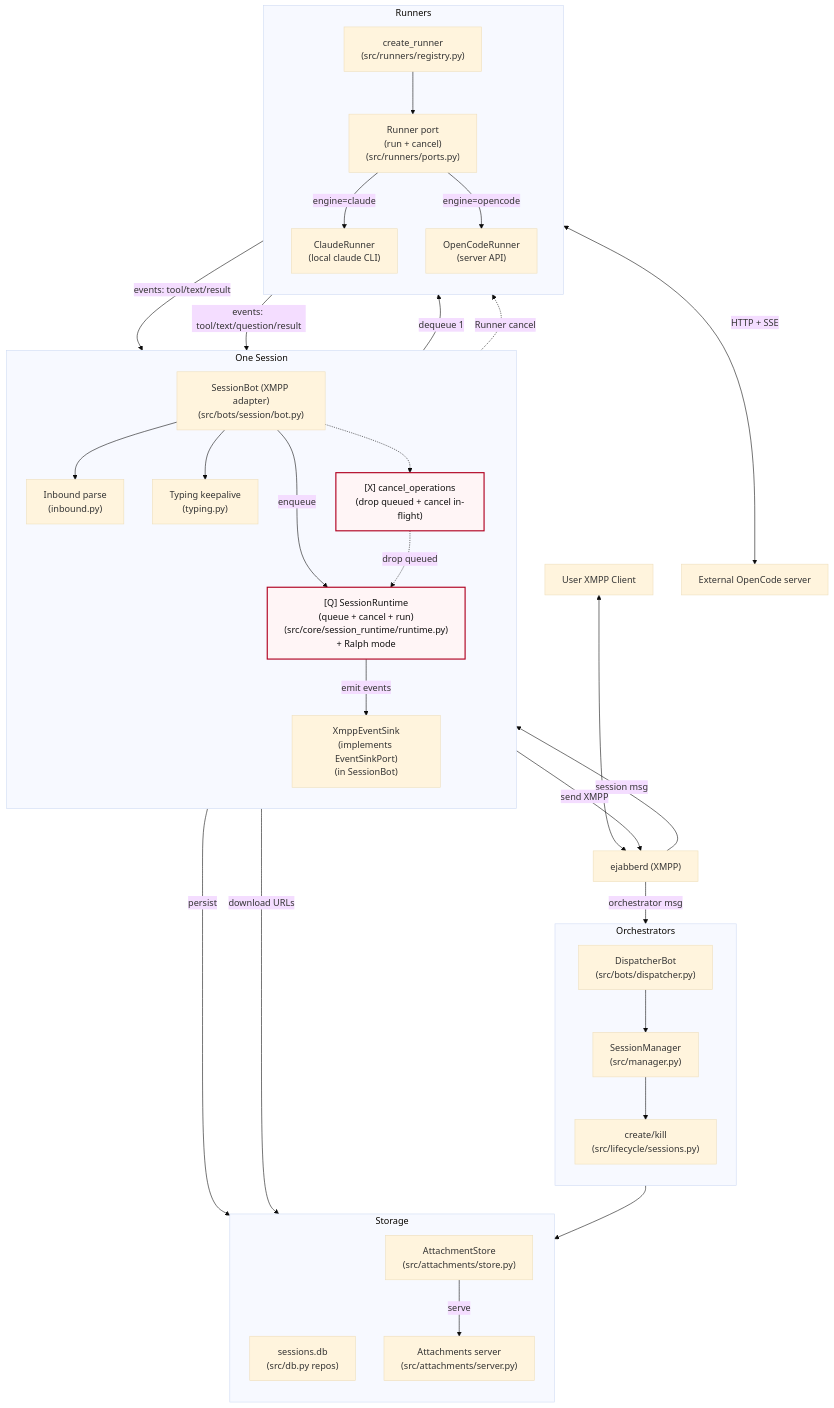
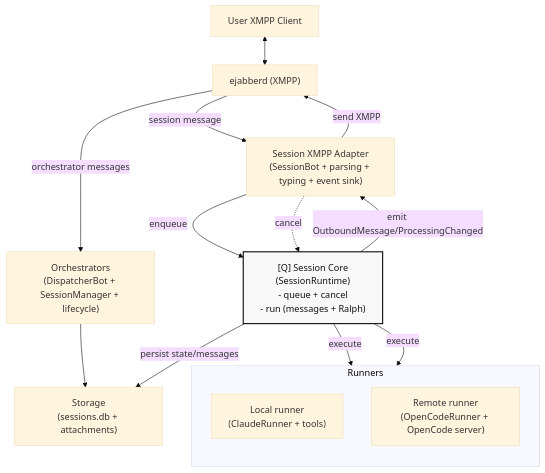
One commit to 0xrin1/switch changed the second of 3 diagrams in docs/architecture.md. Above: the diagram before and after it, drawn with Mermaid (base theme). The commit also changed other lines of this file and 2 other files, not shown here.

Commit message:
docs: simplify architecture diagrams
Replace detailed component diagrams with larger conceptual blocks (adapter/core/runners/storage) for easier reading.

````diff
--- a/docs/architecture.md
+++ b/docs/architecture.md
@@ -53,77 +53,41 @@
 ```mermaid
 flowchart TB
-  %% Session message flow (readable on GitHub)
+  %% Switch: big-block session architecture
 
   User["User XMPP Client"]
   XMPP["ejabberd (XMPP)"]
+  Orchestrators["Orchestrators\n(DispatcherBot + SessionManager + lifecycle)"]
 
-  subgraph Orchestrators["Orchestrators"]
-    direction TB
-    Dispatcher["DispatcherBot\n(src/bots/dispatcher.py)"]
-    Manager["SessionManager\n(src/manager.py)"]
-    Lifecycle["create/kill\n(src/lifecycle/sessions.py)"]
-  end
-
-  subgraph Session["One Session"]
-    direction TB
-    SessionBot["SessionBot (XMPP adapter)\n(src/bots/session/bot.py)"]
-    Inbound["Inbound parse\n(inbound.py)"]
-    Typing["Typing keepalive\n(typing.py)"]
-    Sink["XmppEventSink\n(implements EventSinkPort)\n(in SessionBot)"]
-    Runtime["[Q] SessionRuntime\n(queue + cancel + run)\n(src/core/session_runtime/runtime.py)\n+ Ralph mode"]
-    Cancel["[X] cancel_operations\n(drop queued + cancel in-flight)"]
-  end
+  Adapter["Session XMPP Adapter\n(SessionBot + parsing + typing + event sink)"]
+  Core["[Q] Session Core\n(SessionRuntime)\n- queue + cancel\n- run (messages + Ralph)"]
 
   subgraph Runners["Runners"]
     direction TB
-    Registry["create_runner\n(src/runners/registry.py)"]
-    Ports["Runner port\n(run + cancel)\n(src/runners/ports.py)"]
-    Claude["ClaudeRunner\n(local claude CLI)"]
-    OpenCode["OpenCodeRunner\n(server API)"]
+    Local["Local runner\n(ClaudeRunner + tools)"]
+    Remote["Remote runner\n(OpenCodeRunner + OpenCode server)"]
   end
 
-  subgraph Storage["Storage"]
-    direction TB
-    DB["sessions.db\n(src/db.py repos)"]
-    AttStore["AttachmentStore\n(src/attachments/store.py)"]
-    AttHTTP["Attachments server\n(src/attachments/server.py)"]
-  end
+  Storage["Storage\n(sessions.db + attachments)"]
 
-  OpenCodeSrv["External OpenCode server"]
+  %% High-level flows
+  User <--> XMPP
+  XMPP -->|"orchestrator messages"| Orchestrators
+  Orchestrators --> Storage
 
-  %% XMPP edges
-  User <--> XMPP
-  XMPP -->|"orchestrator msg"| Dispatcher
-  Dispatcher --> Manager --> Lifecycle --> DB
+  XMPP -->|"session message"| Adapter
+  Adapter -->|enqueue| Core
+  Core -->|persist state/messages| Storage
 
-  XMPP -->|"session msg"| SessionBot
-  SessionBot --> Inbound
-  SessionBot --> Typing
-  SessionBot -->|enqueue| Runtime
-  Runtime -->|persist| DB
+  Core -->|execute| Local
+  Core -->|execute| Remote
 
-  %% Attachments
-  SessionBot -->|download URLs| AttStore -->|serve| AttHTTP
+  %% Outbound path
+  Core -->|emit OutboundMessage/ProcessingChanged| Adapter
+  Adapter -->|send XMPP| XMPP
 
-  %% Runner selection
-  Runtime -->|dequeue 1| Registry --> Ports
-  Ports -->|engine=claude| Claude
-  Ports -->|engine=opencode| OpenCode
-  OpenCode <--> |HTTP + SSE| OpenCodeSrv
+  %% Cancellation (single choke point)
+  Adapter -.->|cancel| Core
 
-  %% Streaming back
-  Claude -->|events: tool/text/result| Runtime
-  OpenCode -->|events: tool/text/question/result| Runtime
-
-  %% Back to user (events)
-  Runtime -->|emit events| Sink
-  Sink -->|send XMPP| XMPP
-
-  %% Cancellation
-  SessionBot -.-> Cancel
-  Cancel -.->|drop queued| Runtime
-  Cancel -.->|Runner cancel| Ports
-
-  classDef cancel stroke:#b00020,stroke-width:2px,fill:#fff5f6,color:#111;
-  class Cancel,Runtime cancel;
+  classDef core stroke:#111,stroke-width:2px,fill:#f8f8f8,color:#111;
+  class Core core;
 ```
````
